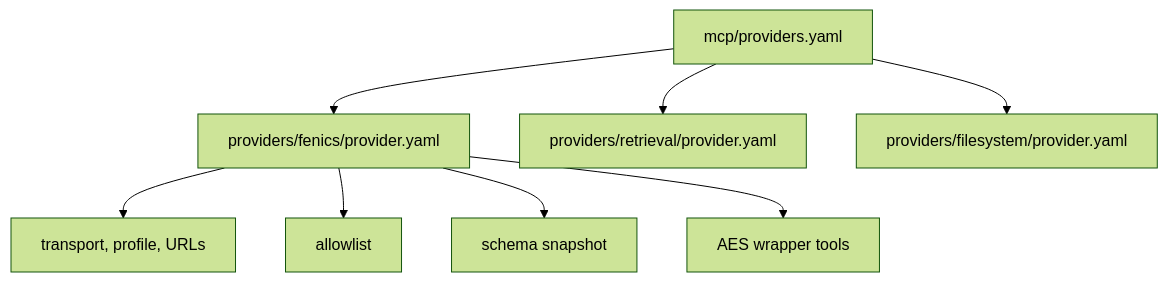
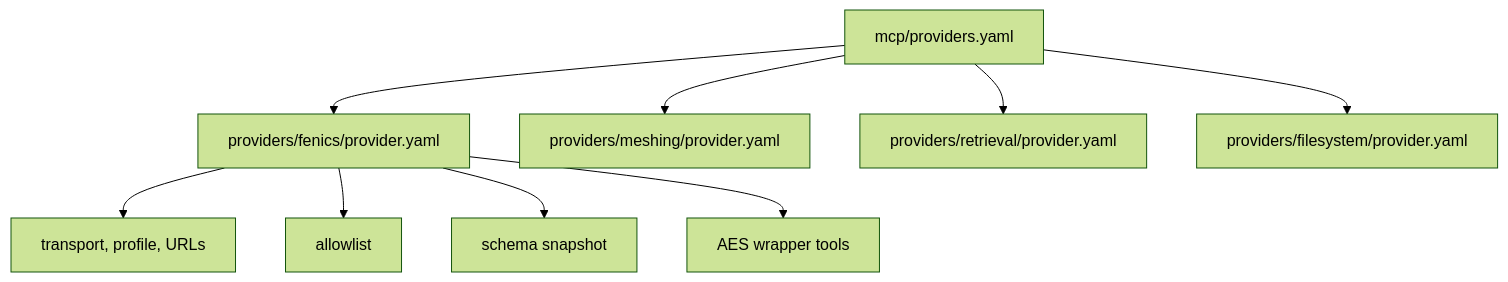
Before and after one commit to RadmirG/AES: the second of 5 diagrams in mcp/architecture.md, drawn with Mermaid (forest theme). The commit also changed other lines of this file and 60 other files, not shown here.

````diff
--- a/mcp/architecture.md
+++ b/mcp/architecture.md
@@ -42,11 +42,12 @@
 ```mermaid
 flowchart TD
     A["mcp/providers.yaml"] --> B["providers/fenics/provider.yaml"]
+    A --> M["providers/meshing/provider.yaml"]
     A --> C["providers/retrieval/provider.yaml"]
     A --> D["providers/filesystem/provider.yaml"]
 
     B --> E["transport, profile, URLs"]
     B --> F["allowlist"]
     B --> G["schema snapshot"]
     B --> H["AES wrapper tools"]
 ```
````
